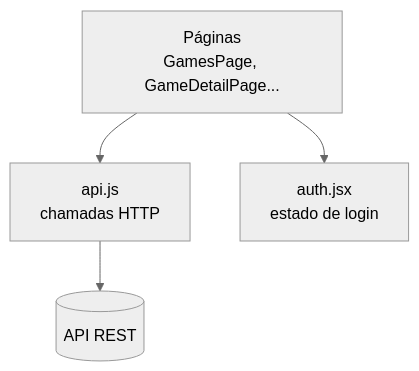
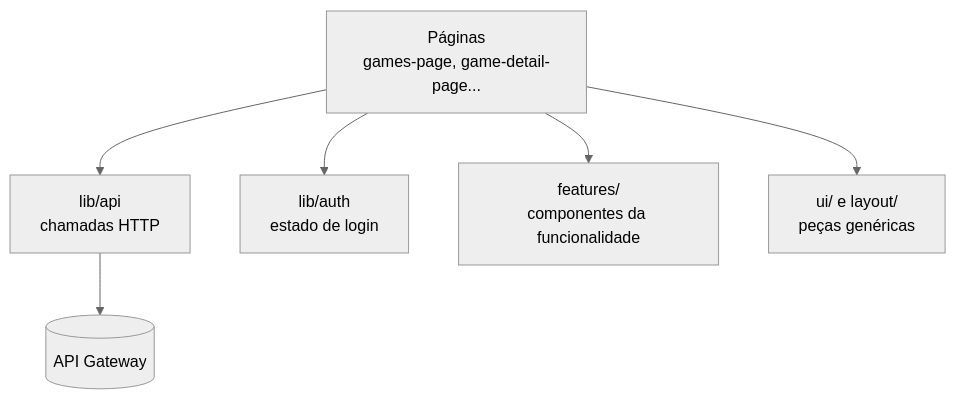
Before and after one commit to evertonrocha2/projeto-bloco: the seventh of 8 diagrams in docs/ARQUITETURA.md, drawn with Mermaid (neutral theme). The commit also changed other lines of this file, not shown here.

````diff
--- a/docs/ARQUITETURA.md
+++ b/docs/ARQUITETURA.md
@@ -259,6 +283,8 @@
 ```mermaid
 flowchart TD
-    pages[Páginas<br/>GamesPage, GameDetailPage...] --> apijs[api.js<br/>chamadas HTTP]
-    pages --> auth[auth.jsx<br/>estado de login]
-    apijs --> backend[(API REST)]
+    pages[Páginas<br/>games-page, game-detail-page...] --> apijs[lib/api<br/>chamadas HTTP]
+    pages --> auth[lib/auth<br/>estado de login]
+    pages --> feat[features/<br/>componentes da funcionalidade]
+    pages --> uikit[ui/ e layout/<br/>peças genéricas]
+    apijs --> gw[(API Gateway)]
 ```
````
